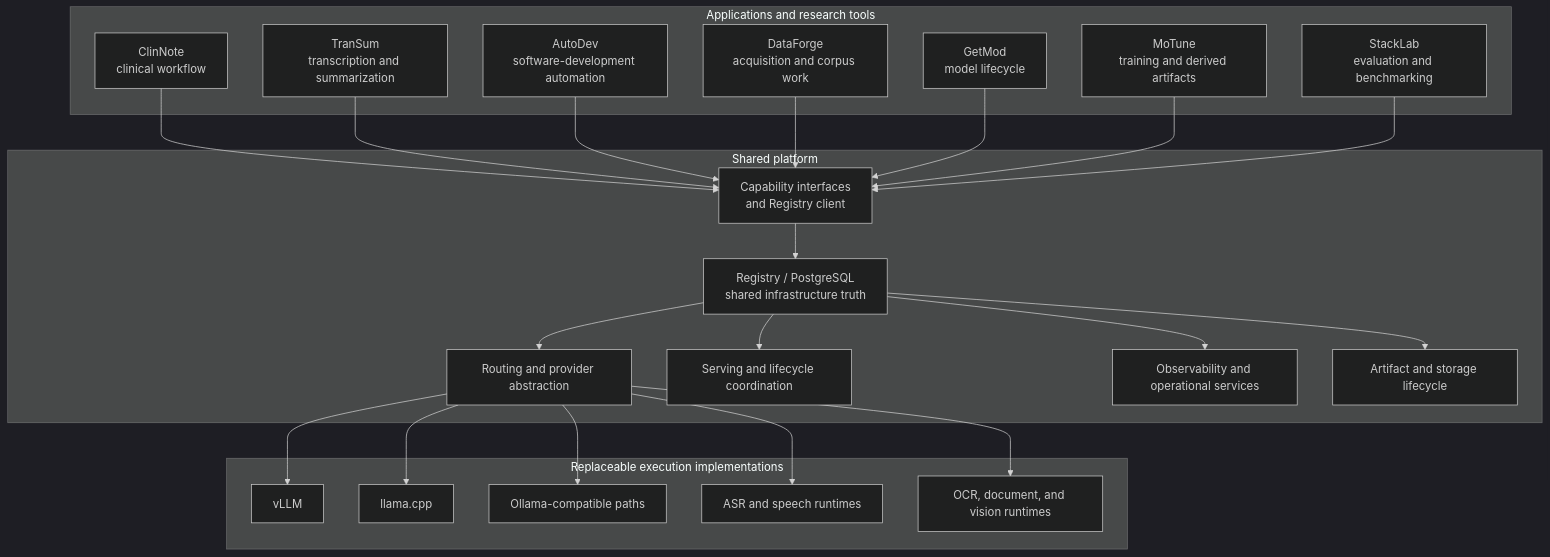
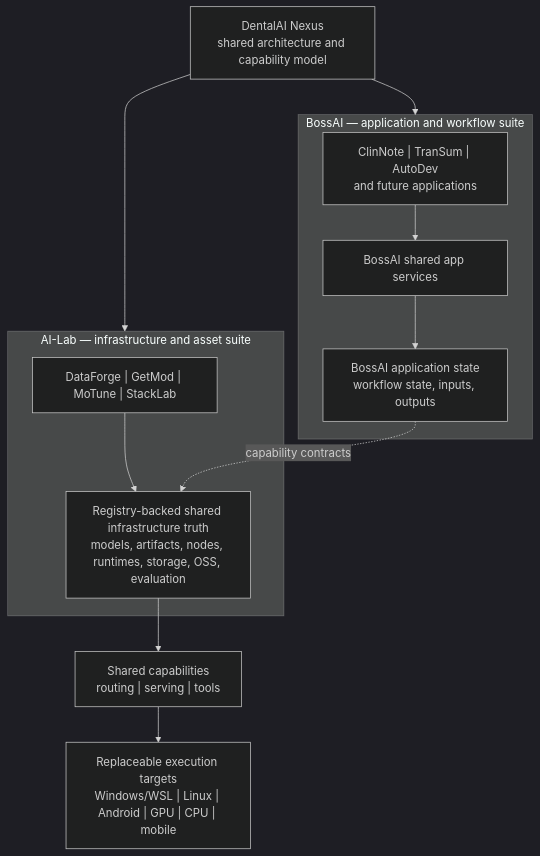
The first of 6 diagrams in docs/architecture.md (jasonsp1/dentalai-nexus), drawn with Mermaid (dark theme) before and after one commit. The commit also changed other lines of this file and 1 other file, not shown here.

Commit message:
docs: clarify BossAI and AI-Lab boundaries

````diff
--- a/docs/architecture.md
+++ b/docs/architecture.md
@@ -43,47 +48,23 @@
 ```mermaid
 flowchart TB
-    subgraph Apps["Applications and research tools"]
-        CN["ClinNote\nclinical workflow"]
-        TS["TranSum\ntranscription and summarization"]
-        AD["AutoDev\nsoftware-development automation"]
-        DF["DataForge\nacquisition and corpus work"]
-        GM["GetMod\nmodel lifecycle"]
-        MT["MoTune\ntraining and derived artifacts"]
-        SL["StackLab\nevaluation and benchmarking"]
+    N["DentalAI Nexus\nshared architecture and capability model"]
+
+    subgraph B["BossAI — application and workflow suite"]
+        BA["ClinNote | TranSum | AutoDev\nand future applications"]
+        BS["BossAI shared app services"]
+        DB["BossAI application state\nworkflow state, inputs, outputs"]
+        BA --> BS --> DB
     end
 
-    subgraph Shared["Shared platform"]
-        CAP["Capability interfaces\nand Registry client"]
-        REG["Registry / PostgreSQL\nshared infrastructure truth"]
-        ROUTE["Routing and provider abstraction"]
-        SERVE["Serving and lifecycle coordination"]
-        OBS["Observability and operational services"]
-        STORE["Artifact and storage lifecycle"]
+    subgraph L["AI-Lab — infrastructure and asset suite"]
+        LA["DataForge | GetMod | MoTune | StackLab"]
+        REG["Registry-backed shared infrastructure truth\nmodels, artifacts, nodes, runtimes, storage, OSS, evaluation"]
+        LA --> REG
     end
 
-    subgraph Exec["Replaceable execution implementations"]
-        VLLM["vLLM"]
-        LLAMA["llama.cpp"]
-        OLLAMA["Ollama-compatible paths"]
-        ASR["ASR and speech runtimes"]
-        VISION["OCR, document, and vision runtimes"]
-    end
-
-    CN --> CAP
-    TS --> CAP
-    AD --> CAP
-    DF --> CAP
-    GM --> CAP
-    MT --> CAP
-    SL --> CAP
-    CAP --> REG
-    REG --> ROUTE
-    REG --> SERVE
-    REG --> STORE
-    REG --> OBS
-    ROUTE --> VLLM
-    ROUTE --> LLAMA
-    ROUTE --> OLLAMA
-    ROUTE --> ASR
-    ROUTE --> VISION
+    N --> B
+    N --> L
+    DB -. "capability contracts" .-> REG
+    REG --> CAP["Shared capabilities\nrouting | serving | tools"]
+    CAP --> EXEC["Replaceable execution targets\nWindows/WSL | Linux | Android | GPU | CPU | mobile"]
 ```
````
